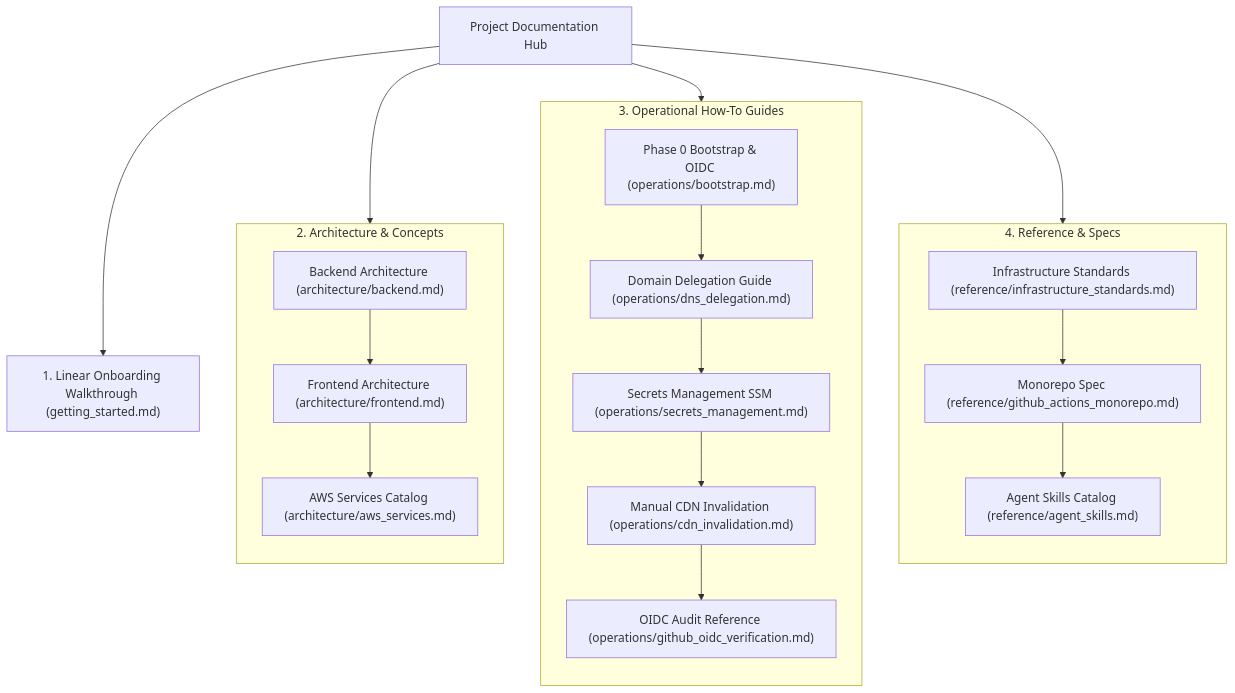
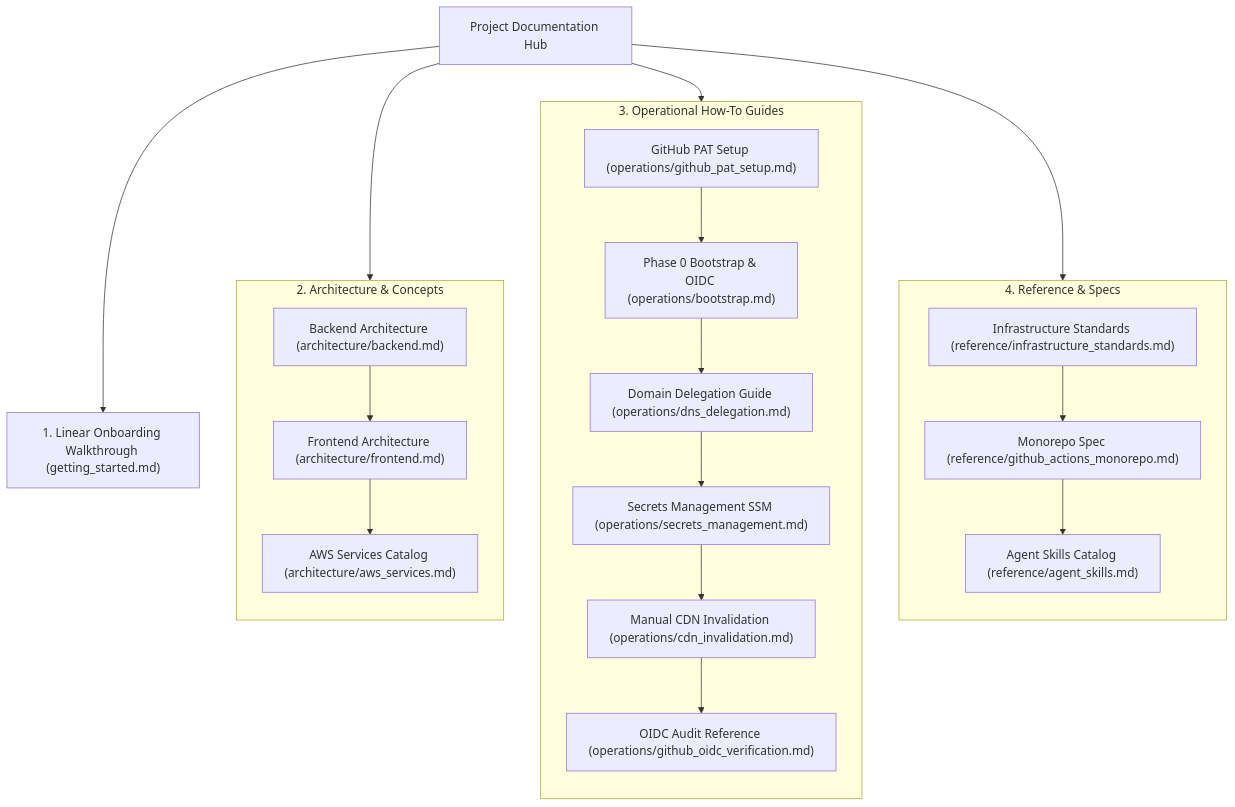
Before and after one commit to Beep1608/cleanmybelly: the diagram in docs/README.md, drawn with Mermaid. The commit also changed other lines of this file and 3 other files, not shown here.

````diff
--- a/docs/README.md
+++ b/docs/README.md
@@ -17,33 +17,34 @@
 ```mermaid
 graph TD
     Start[Project Documentation Hub] --> GS["1. Linear Onboarding Walkthrough (getting_started.md)"]
     Start --> Arch
     Start --> Ops
     Start --> Ref
 
     subgraph Arch [2. Architecture & Concepts]
         direction TB
         Arch_Back["Backend Architecture (architecture/backend.md)"]
         Arch_Front["Frontend Architecture (architecture/frontend.md)"]
         Arch_AWS["AWS Services Catalog (architecture/aws_services.md)"]
         Arch_Back --> Arch_Front --> Arch_AWS
     end
 
     subgraph Ops [3. Operational How-To Guides]
         direction TB
+        Ops_PAT["GitHub PAT Setup (operations/github_pat_setup.md)"]
         Ops_Boot["Phase 0 Bootstrap & OIDC (operations/bootstrap.md)"]
         Ops_DNS["Domain Delegation Guide (operations/dns_delegation.md)"]
         Ops_Sec["Secrets Management SSM (operations/secrets_management.md)"]
         Ops_CDN["Manual CDN Invalidation (operations/cdn_invalidation.md)"]
         Ops_OIDC["OIDC Audit Reference (operations/github_oidc_verification.md)"]
-        Ops_Boot --> Ops_DNS --> Ops_Sec --> Ops_CDN --> Ops_OIDC
+        Ops_PAT --> Ops_Boot --> Ops_DNS --> Ops_Sec --> Ops_CDN --> Ops_OIDC
     end
 
     subgraph Ref [4. Reference & Specs]
         direction TB
         Ref_Plan["Infrastructure Standards (reference/infrastructure_standards.md)"]
         Ref_Pipe["Monorepo Spec (reference/github_actions_monorepo.md)"]
         Ref_Skills["Agent Skills Catalog (reference/agent_skills.md)"]
         Ref_Plan --> Ref_Pipe --> Ref_Skills
     end
 ```
````
